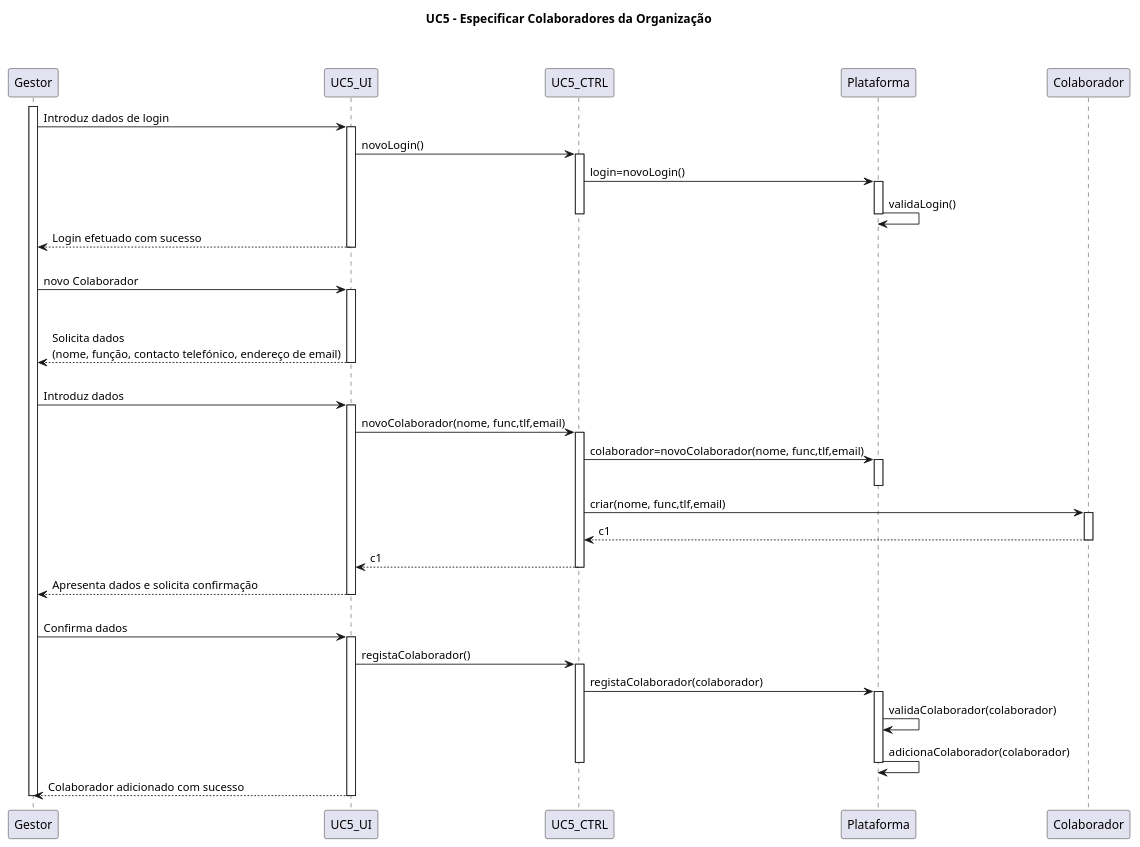
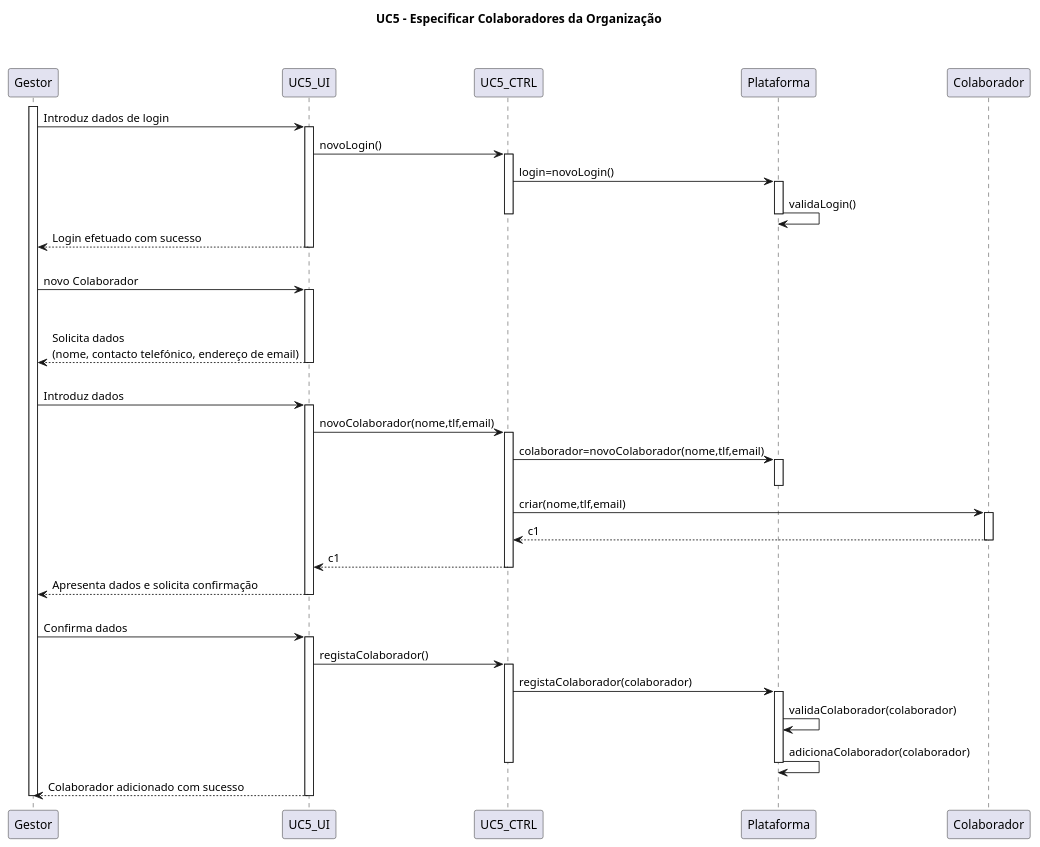
One commit to pedro-miguez/upskill_java1_labprg_grupo3 changed the diagram in Sprint 2/UC5_Especificar_Colaboradores_da_Organização/Diagrama de Sequência-UC5 – Especificar Colaboradores da Organização.puml. Above: the diagram before and after it, drawn with PlantUML. The commit also changed 2 other files, not shown here.

```diff
--- a/Sprint 2/UC5_Especificar_Colaboradores_da_Organização/Diagrama de Sequência-UC5 – Especificar Colaboradores da Organização.puml
+++ b/Sprint 2/UC5_Especificar_Colaboradores_da_Organização/Diagrama de Sequência-UC5 – Especificar Colaboradores da Organização.puml
@@ -1,48 +1,48 @@
 @startuml
 title UC5 - Especificar Colaboradores da Organização\n\n
 participant Gestor
 activate Gestor
 Gestor -> UC5_UI: Introduz dados de login
 activate UC5_UI
 UC5_UI-> UC5_CTRL: novoLogin()
 activate UC5_CTRL
 UC5_CTRL -> Plataforma: login=novoLogin()
 activate Plataforma
 Plataforma -> Plataforma: validaLogin()
 deactivate Plataforma
 deactivate UC5_CTRL
 UC5_UI--> Gestor: Login efetuado com sucesso
 deactivate UC5_UI
 Gestor -> UC5_UI: \nnovo Colaborador
 activate UC5_UI
-UC5_UI--> Gestor: \n\nSolicita dados\n(nome, função, contacto telefónico, endereço de email)
+UC5_UI--> Gestor: \n\nSolicita dados\n(nome, contacto telefónico, endereço de email)
 deactivate UC5_UI
 Gestor -> UC5_UI: \nIntroduz dados
 activate UC5_UI
-UC5_UI-> UC5_CTRL: novoColaborador(nome, func,tlf,email)
+UC5_UI-> UC5_CTRL: novoColaborador(nome,tlf,email)
 activate UC5_CTRL
-UC5_CTRL -> Plataforma: colaborador=novoColaborador(nome, func,tlf,email)
+UC5_CTRL -> Plataforma: colaborador=novoColaborador(nome,tlf,email)
 activate Plataforma
 deactivate Plataforma
-UC5_CTRL -> Colaborador: criar(nome, func,tlf,email)
+UC5_CTRL -> Colaborador: criar(nome,tlf,email)
 activate Colaborador
 Colaborador --> UC5_CTRL: c1
 deactivate Colaborador
 UC5_CTRL --> UC5_UI: c1
 deactivate UC5_CTRL
 UC5_UI--> Gestor: Apresenta dados e solicita confirmação
 deactivate UC5_UI
 Gestor -> UC5_UI: \nConfirma dados
 activate UC5_UI
 UC5_UI-> UC5_CTRL: registaColaborador()
 activate UC5_CTRL
 UC5_CTRL -> Plataforma: registaColaborador(colaborador)
 activate Plataforma
 Plataforma -> Plataforma: validaColaborador(colaborador)
 Plataforma -> Plataforma: adicionaColaborador(colaborador)
 deactivate Plataforma
 deactivate UC5_CTRL
 UC5_UI--> Gestor: Colaborador adicionado com sucesso
 deactivate UC5_UI
 deactivate Gestor
 @enduml
```
